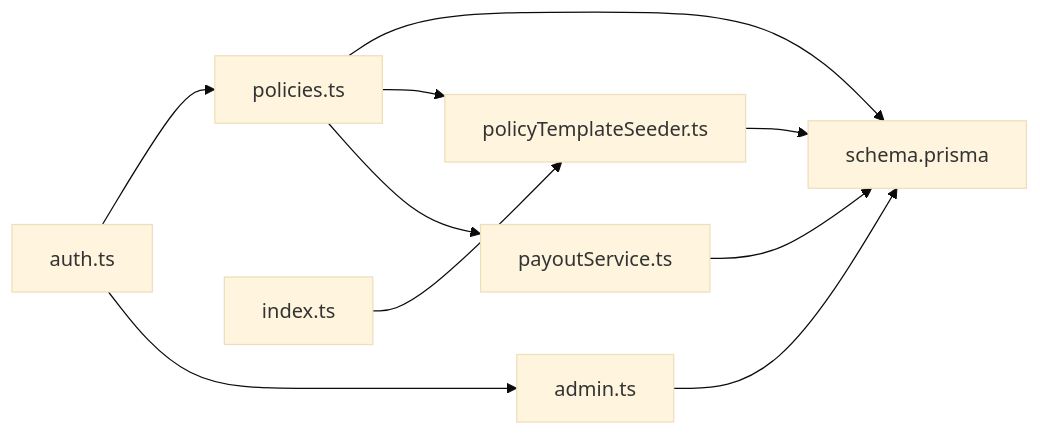
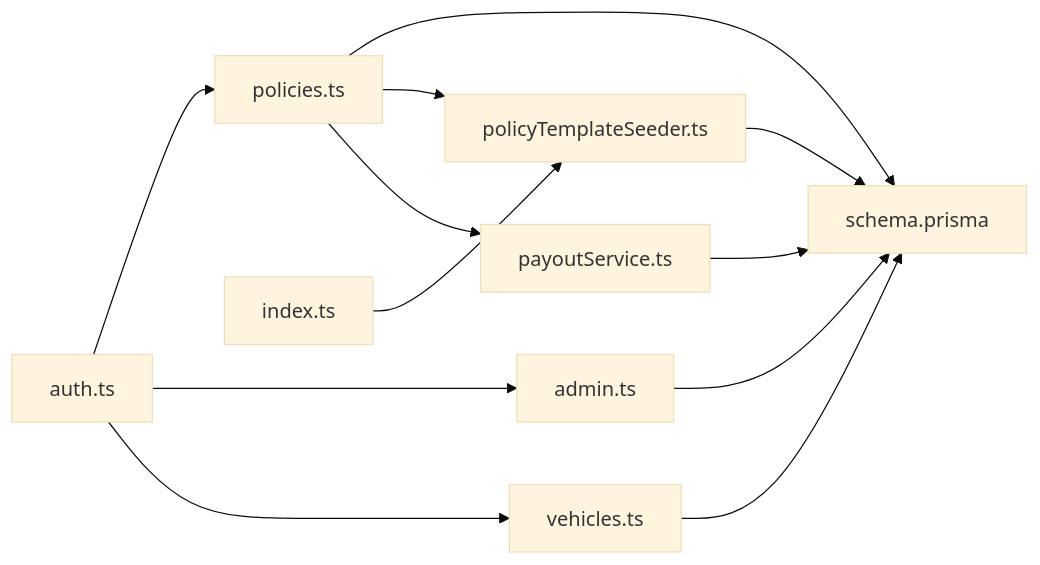
Before and after one commit to NaveenHiranya/Smart-Vehicle-Insurance-Claim-System: the eighth of 9 diagrams in .qoder/repowiki/en/content/Business Logic Layer/Policy Management System.md, drawn with Mermaid (base theme). The commit also changed other lines of this file and 21 other files, not shown here.

````diff
--- a/.qoder/repowiki/en/content/Business Logic Layer/Policy Management System.md
+++ b/.qoder/repowiki/en/content/Business Logic Layer/Policy Management System.md
@@ -363,12 +413,14 @@
 ```mermaid
 graph LR
 Auth["auth.ts"] --> Pol["policies.ts"]
 Auth --> Admin["admin.ts"]
+Auth --> Veh["vehicles.ts"]
 Pol --> DB["schema.prisma"]
 Admin --> DB
+Veh --> DB
 Pol --> Template["policyTemplateSeeder.ts"]
 Template --> DB
 Pol --> Payout["payoutService.ts"]
 Payout --> DB
 Index["index.ts"] --> Template
 ```
````
